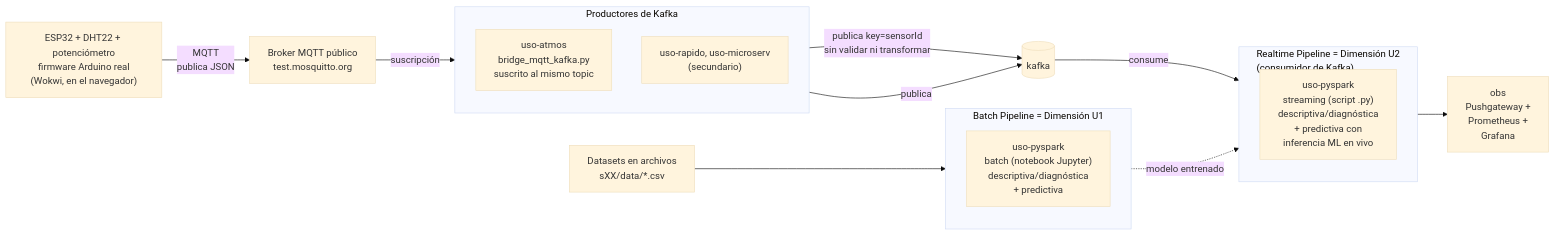
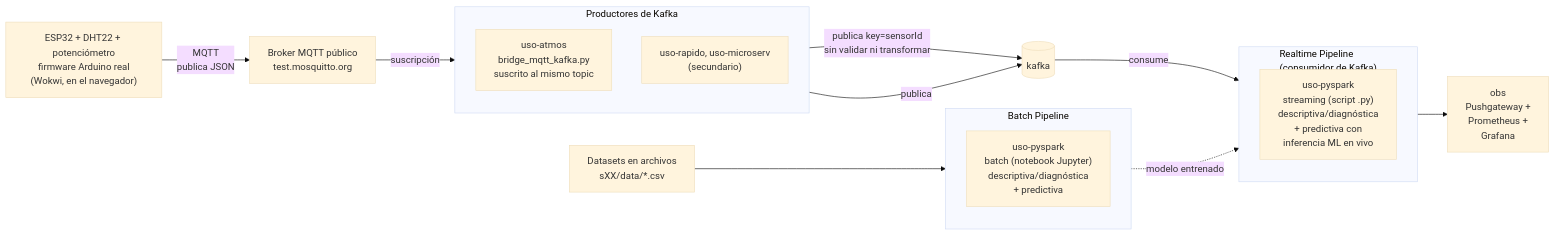
One commit to 262bigdata/lambda26 changed the first of 5 diagrams in docs/sesiones/S01_Arquitectura_Big_Data_Lambda_Kappa.md. Above: the diagram before and after it, drawn with Mermaid (base theme).

````diff
--- a/docs/sesiones/S01_Arquitectura_Big_Data_Lambda_Kappa.md
+++ b/docs/sesiones/S01_Arquitectura_Big_Data_Lambda_Kappa.md
@@ -60,36 +60,36 @@
 ```mermaid
 flowchart LR
     W["ESP32 + DHT22 + potenciómetro<br/>firmware Arduino real<br/>(Wokwi, en el navegador)"]
     M["Broker MQTT público<br/>test.mosquitto.org"]
 
     subgraph Producers["Productores de Kafka"]
         direction TB
         A3["uso-atmos<br/>bridge_mqtt_kafka.py<br/>suscrito al mismo topic"]
         P2["uso-rapido, uso-microserv<br/>(secundario)"]
     end
 
     K[("kafka")]
 
-    subgraph RT["Realtime Pipeline = Dimensión U2<br/>(consumidor de Kafka)"]
+    subgraph RT["Realtime Pipeline<br/>(consumidor de Kafka)"]
         direction TB
         RT1["uso-pyspark<br/>streaming (script .py)<br/>descriptiva/diagnóstica<br/>+ predictiva con<br/>inferencia ML en vivo"]
     end
 
-    subgraph BP["Batch Pipeline = Dimensión U1"]
+    subgraph BP["Batch Pipeline"]
         direction TB
         BP1["uso-pyspark<br/>batch (notebook Jupyter)<br/>descriptiva/diagnóstica<br/>+ predictiva"]
     end
 
     Grafana["obs<br/>Pushgateway +<br/>Prometheus +<br/>Grafana"]
 
     D["Datasets en archivos<br/>sXX/data/*.csv"]
 
     W -->|"MQTT<br/>publica JSON"| M
     M -->|"suscripción"| A3
     A3 -->|"publica key=sensorId<br/>sin validar ni transformar"| K
     P2 -->|"publica"| K
     D --> BP1
     K -->|"consume"| RT
     RT1 --> Grafana
     BP1 -.->|"modelo entrenado"| RT1
 ```
````
